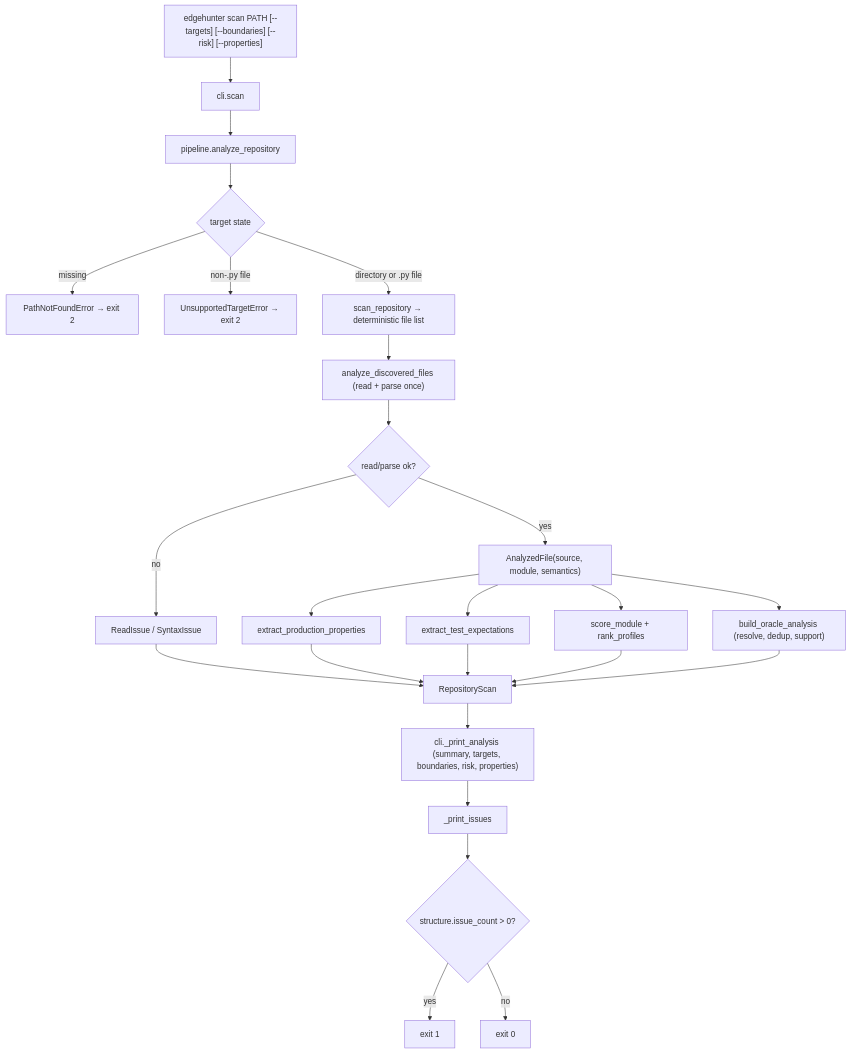
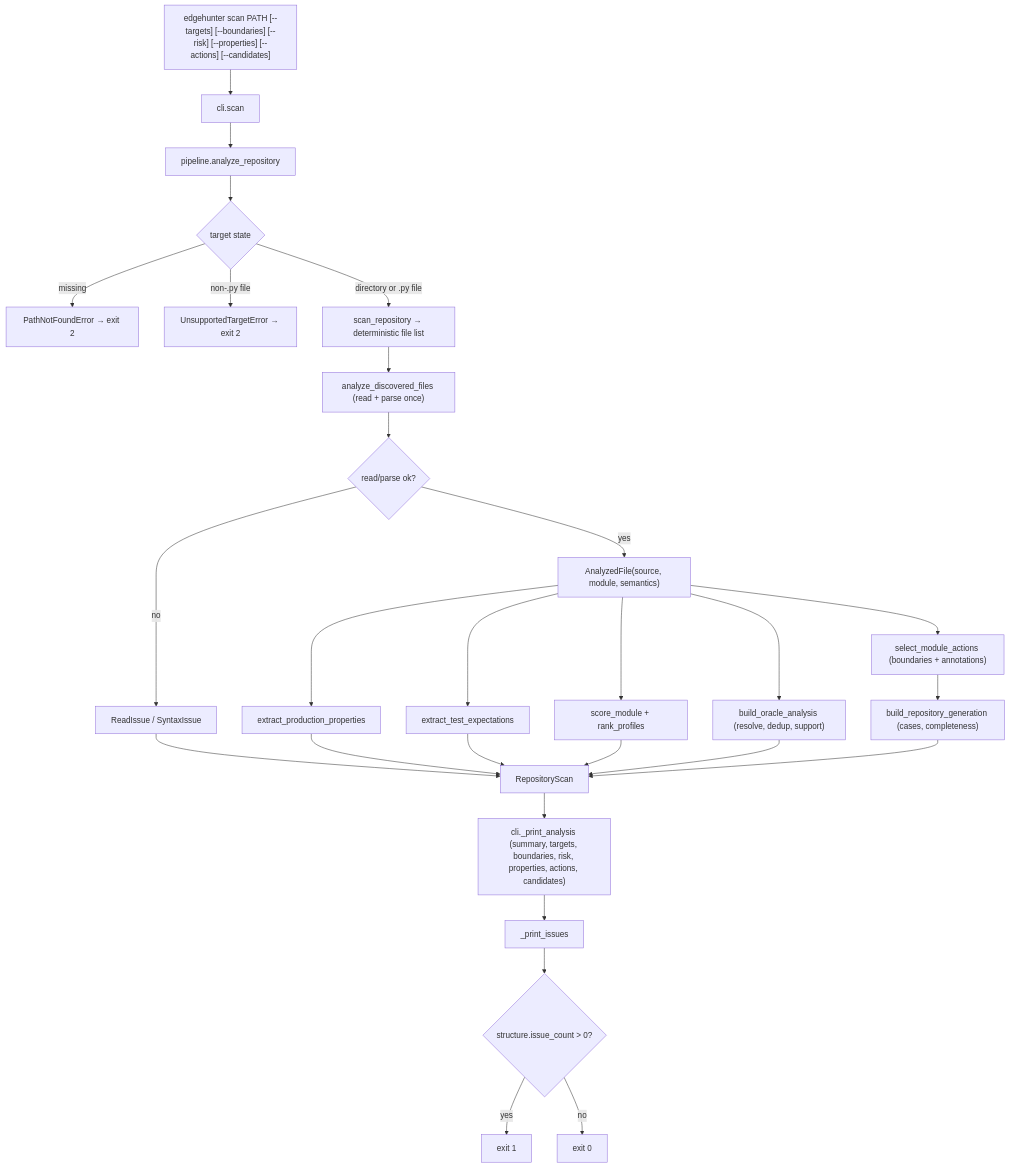
Before and after one commit to PrathamKapoor/Faultline: the diagram in flow.md, drawn with Mermaid. The commit also changed other lines of this file and 19 other files, not shown here.

````diff
--- a/flow.md
+++ b/flow.md
@@ -162,27 +191,30 @@
 ```mermaid
 flowchart TD
-    A["edgehunter scan PATH [--targets] [--boundaries] [--risk] [--properties]"] --> B["cli.scan"]
+    A["edgehunter scan PATH [--targets] [--boundaries] [--risk] [--properties] [--actions] [--candidates]"] --> B["cli.scan"]
     B --> C["pipeline.analyze_repository"]
     C --> D{"target state"}
     D -->|missing| E["PathNotFoundError → exit 2"]
     D -->|"non-.py file"| F["UnsupportedTargetError → exit 2"]
     D -->|"directory or .py file"| G["scan_repository → deterministic file list"]
     G --> H["analyze_discovered_files (read + parse once)"]
     H --> I{"read/parse ok?"}
     I -->|no| J["ReadIssue / SyntaxIssue"]
     I -->|yes| K["AnalyzedFile(source, module, semantics)"]
     K --> L["extract_production_properties"]
     K --> M["extract_test_expectations"]
     K --> N["score_module + rank_profiles"]
-    K --> O["build_oracle_analysis (resolve, dedup, support)"]
-    J --> P["RepositoryScan"]
-    L --> P
-    M --> P
-    N --> P
-    O --> P
-    P --> Q["cli._print_analysis (summary, targets, boundaries, risk, properties)"]
-    Q --> R["_print_issues"]
-    R --> S{"structure.issue_count > 0?"}
-    S -->|yes| T["exit 1"]
-    S -->|no| U["exit 0"]
+    K --> O["select_module_actions (boundaries + annotations)"]
+    K --> P["build_oracle_analysis (resolve, dedup, support)"]
+    J --> Q["RepositoryScan"]
+    L --> Q
+    M --> Q
+    N --> Q
+    O --> R["build_repository_generation (cases, completeness)"]
+    P --> Q
+    R --> Q
+    Q --> S["cli._print_analysis (summary, targets, boundaries, risk, properties, actions, candidates)"]
+    S --> T["_print_issues"]
+    T --> U{"structure.issue_count > 0?"}
+    U -->|yes| V["exit 1"]
+    U -->|no| W["exit 0"]
 ```
````
